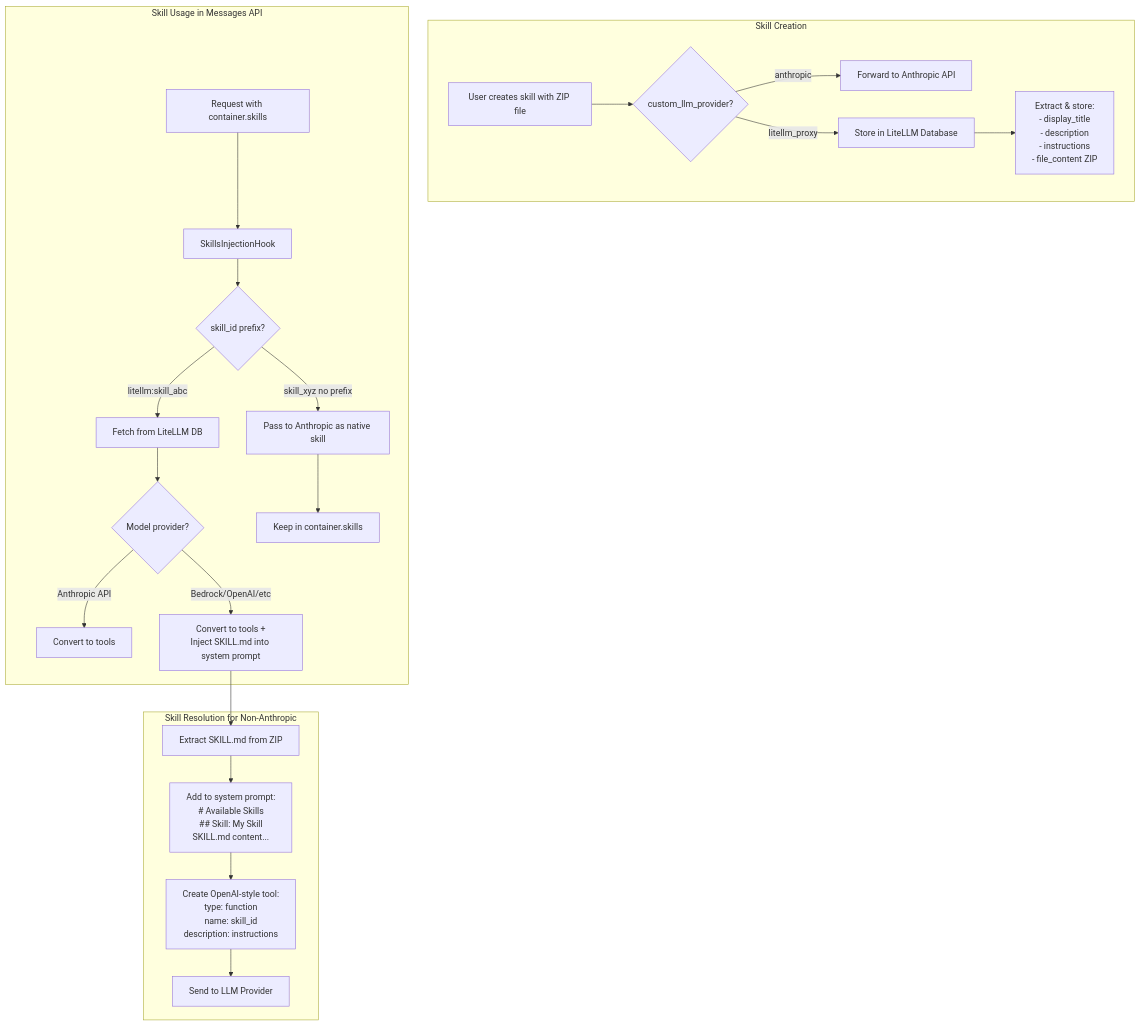
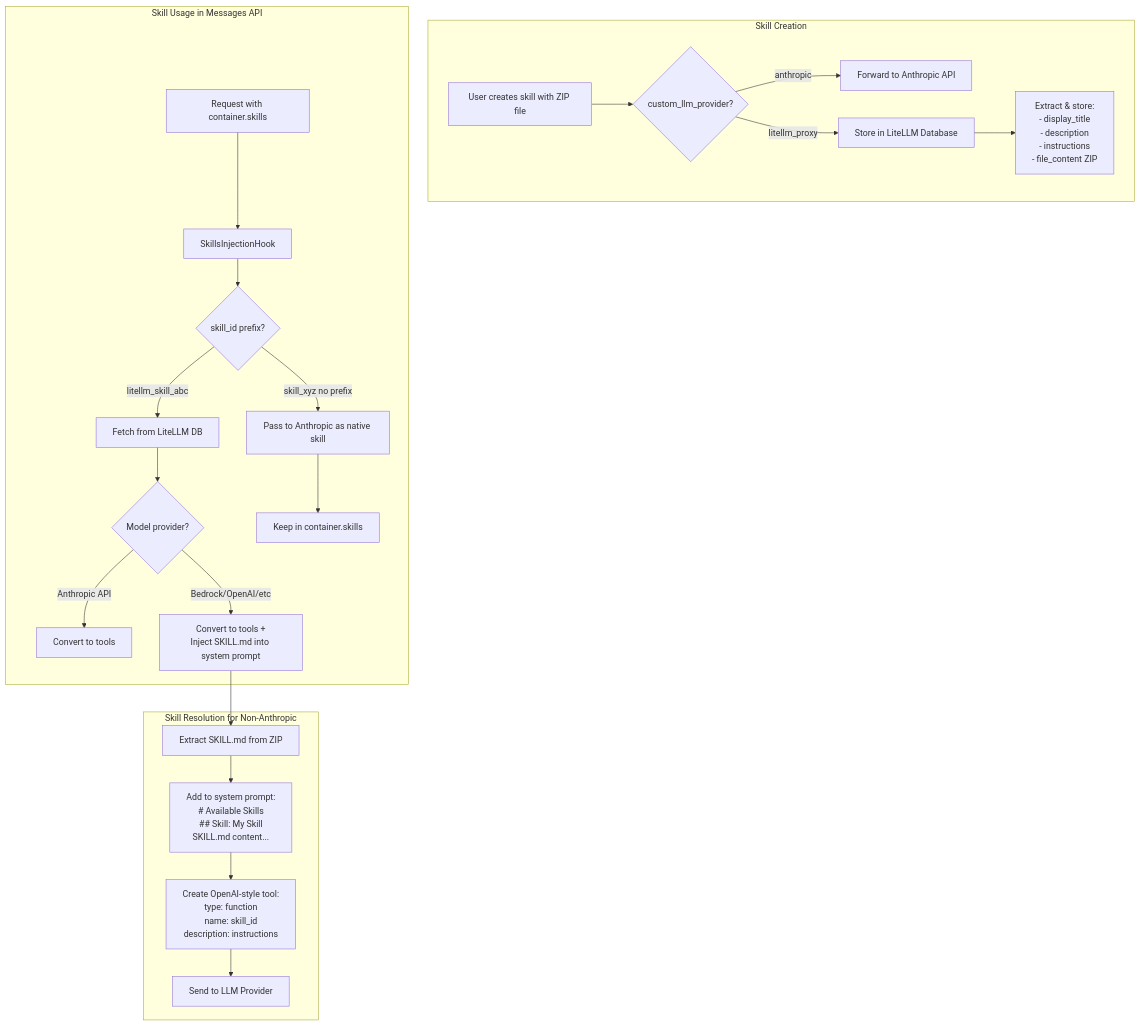
The first of 2 diagrams in llm_tools___utilities/llm_routing___gateway/litellm/litellm/llms/litellm_proxy/skills/README.md (HIDORAKAI002/ai-workspace-archive), drawn with Mermaid before and after one commit. The commit also changed other lines of this file and 90 other files, not shown here.

````diff
--- a/llm_tools___utilities/llm_routing___gateway/litellm/litellm/llms/litellm_proxy/skills/README.md
+++ b/llm_tools___utilities/llm_routing___gateway/litellm/litellm/llms/litellm_proxy/skills/README.md
@@ -7,31 +7,31 @@
 ```mermaid
 flowchart TB
     subgraph "Skill Creation"
         A[User creates skill with ZIP file] --> B{custom_llm_provider?}
         B -->|anthropic| C[Forward to Anthropic API]
         B -->|litellm_proxy| D[Store in LiteLLM Database]
         
         D --> E[Extract & store:<br/>- display_title<br/>- description<br/>- instructions<br/>- file_content ZIP]
     end
     
     subgraph "Skill Usage in Messages API"
         F[Request with container.skills] --> G[SkillsInjectionHook]
         G --> H{skill_id prefix?}
         
-        H -->|"litellm:skill_abc"| I[Fetch from LiteLLM DB]
+        H -->|"litellm_skill_abc"| I[Fetch from LiteLLM DB]
         H -->|"skill_xyz" no prefix| J[Pass to Anthropic as native skill]
         
         I --> K{Model provider?}
         K -->|Anthropic API| L[Convert to tools]
         K -->|Bedrock/OpenAI/etc| M[Convert to tools +<br/>Inject SKILL.md into system prompt]
         
         J --> N[Keep in container.skills]
     end
     
     subgraph "Skill Resolution for Non-Anthropic"
         M --> O[Extract SKILL.md from ZIP]
         O --> P[Add to system prompt:<br/># Available Skills<br/>## Skill: My Skill<br/>SKILL.md content...]
         P --> Q[Create OpenAI-style tool:<br/>type: function<br/>name: skill_id<br/>description: instructions]
         Q --> R[Send to LLM Provider]
     end
 ```
````
